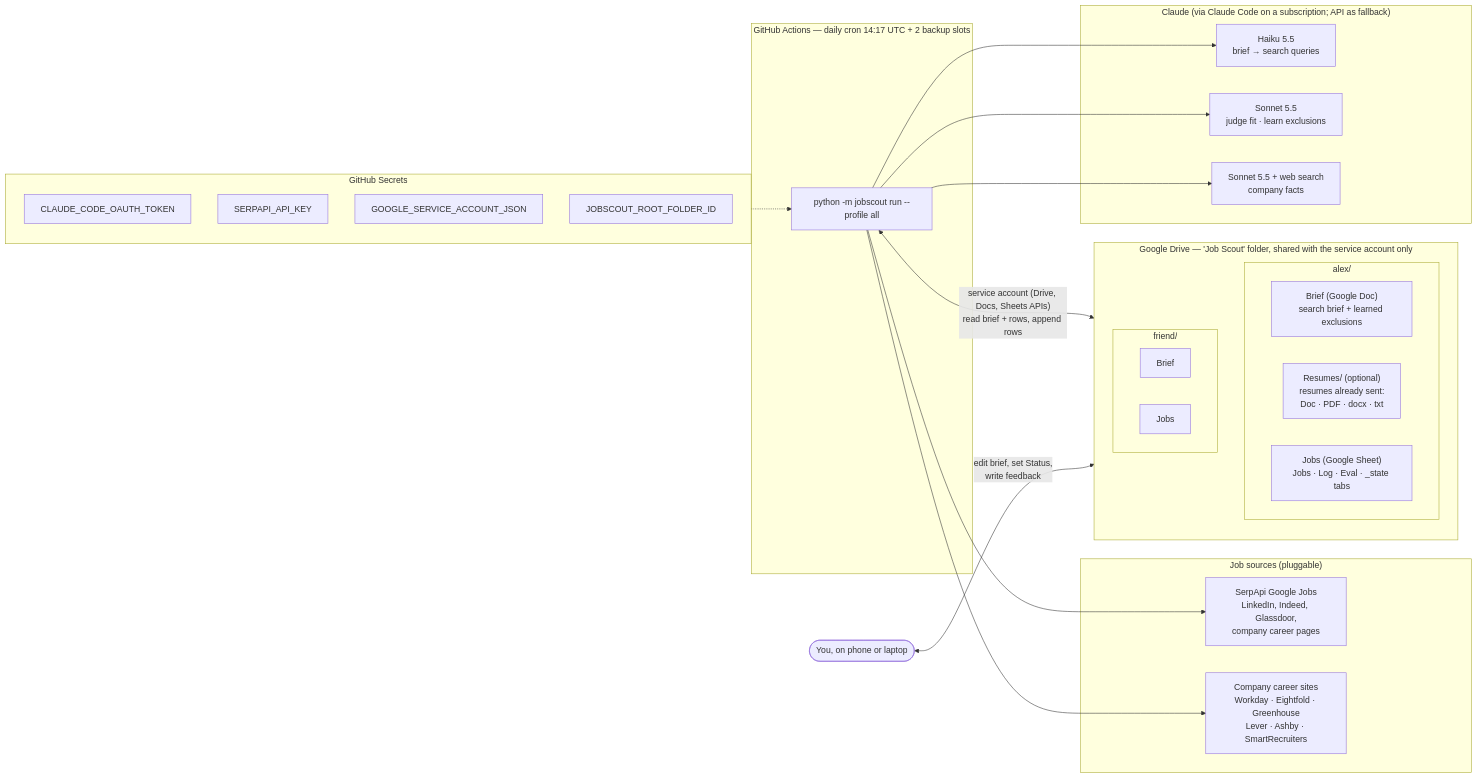
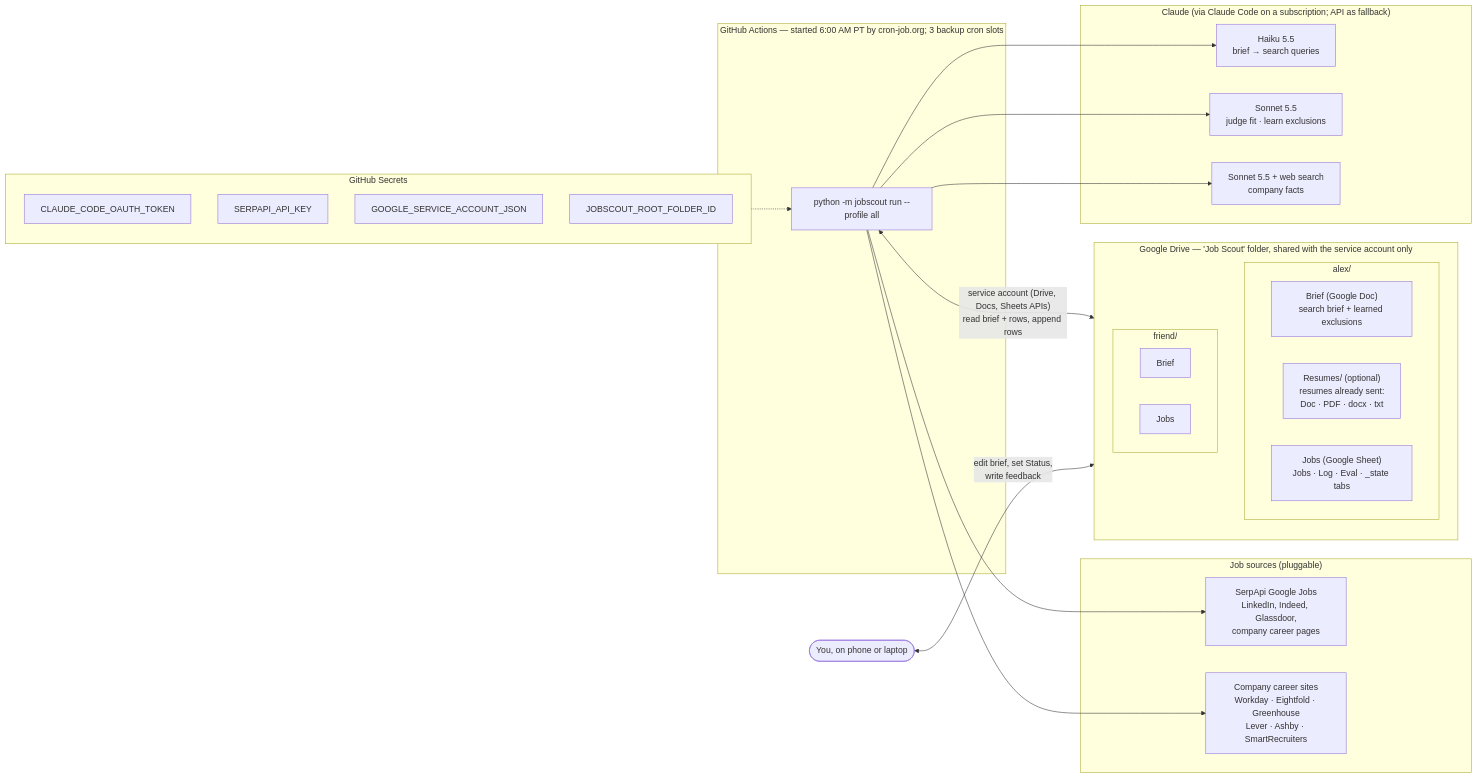
One commit to juliavasan/job-scout changed the first of 6 diagrams in docs/ARCHITECTURE.md. Above: the diagram before and after it, drawn with Mermaid. The commit also changed other lines of this file and 2 other files, not shown here.

Commit message:
Daily run is started by an external cron (workflow_dispatch with skip_if_done); GitHub cron slots become backups

````diff
--- a/docs/ARCHITECTURE.md
+++ b/docs/ARCHITECTURE.md
@@ -13,47 +13,47 @@
 ```mermaid
 flowchart LR
-    subgraph GH["GitHub Actions — daily cron 14:17 UTC + 2 backup slots"]
+    subgraph GH["GitHub Actions — started 6:00 AM PT by cron-job.org; 3 backup cron slots"]
         CLI["python -m jobscout run --profile all"]
     end
 
     subgraph SECRETS["GitHub Secrets"]
         direction TB
         S1["CLAUDE_CODE_OAUTH_TOKEN"]
         S2["SERPAPI_API_KEY"]
         S3["GOOGLE_SERVICE_ACCOUNT_JSON"]
         S4["JOBSCOUT_ROOT_FOLDER_ID"]
     end
 
     subgraph DRIVE["Google Drive — 'Job Scout' folder, shared with the service account only"]
         direction TB
         subgraph P1["alex/"]
             B1["Brief (Google Doc)<br/>search brief + learned exclusions"]
             R1["Resumes/ (optional)<br/>resumes already sent:<br/>Doc · PDF · docx · txt"]
             J1["Jobs (Google Sheet)<br/>Jobs · Log · Eval · _state tabs"]
         end
         subgraph P2["friend/"]
             B2["Brief"]
             J2["Jobs"]
         end
     end
 
     subgraph SOURCES["Job sources (pluggable)"]
         SERP["SerpApi Google Jobs<br/>LinkedIn, Indeed, Glassdoor,<br/>company career pages"]
         ATS["Company career sites<br/>Workday · Eightfold · Greenhouse<br/>Lever · Ashby · SmartRecruiters"]
     end
 
     subgraph CLAUDE["Claude (via Claude Code on a subscription; API as fallback)"]
         HAIKU["Haiku 5.5<br/>brief → search queries"]
         SONNET["Sonnet 5.5<br/>judge fit · learn exclusions"]
         WEB["Sonnet 5.5 + web search<br/>company facts"]
     end
 
     SECRETS -.-> CLI
     CLI <-->|"service account (Drive, Docs, Sheets APIs)<br/>read brief + rows, append rows"| DRIVE
     CLI --> HAIKU
     CLI --> SERP
     CLI --> ATS
     CLI --> SONNET
     CLI --> WEB
     USER(["You, on phone or laptop"]) <-->|"edit brief, set Status,<br/>write feedback"| DRIVE
 ```
````
